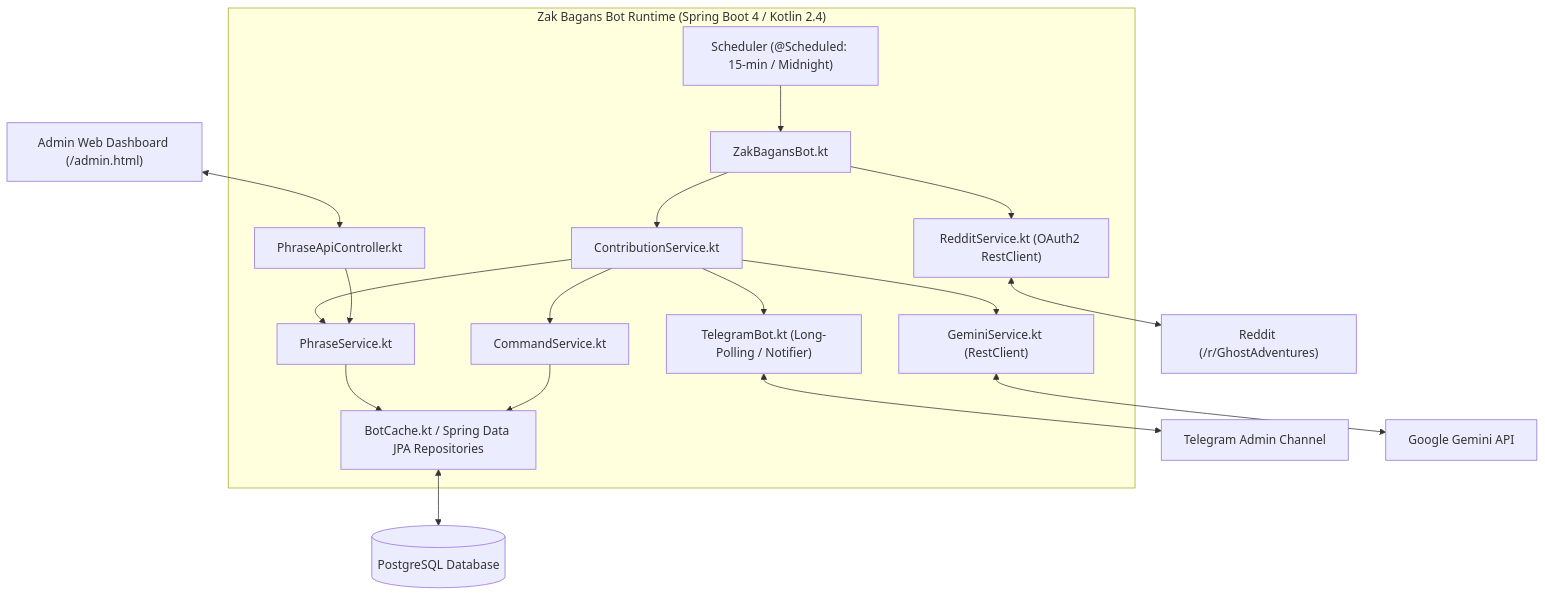
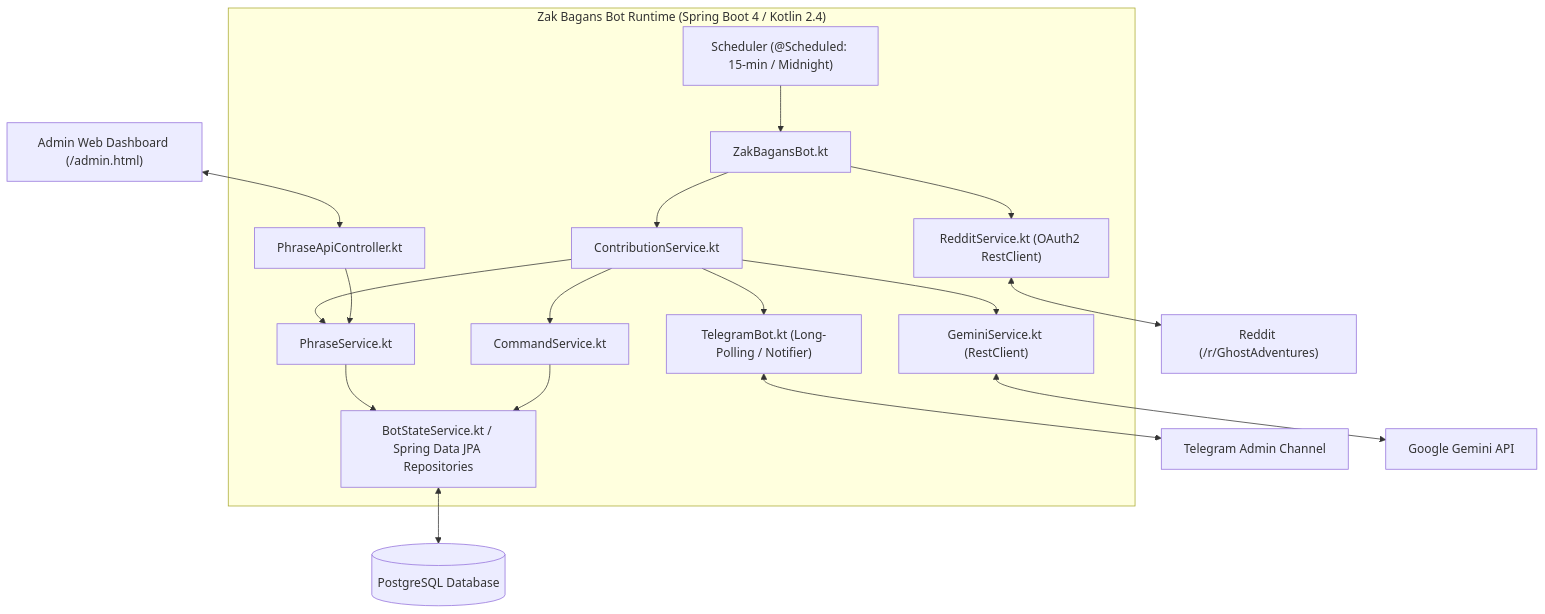
Before and after one commit to MrBean355/zak-bagans-bot: the diagram in .agents/specs/README.md, drawn with Mermaid. The commit also changed other lines of this file and 17 other files, not shown here.

First line of the commit message:
Rename BotCache to BotStateService

````diff
--- a/.agents/specs/README.md
+++ b/.agents/specs/README.md
@@ -15,38 +15,38 @@
 ```mermaid
 graph TD
     Subreddit["Reddit (/r/GhostAdventures)"]
     Telegram["Telegram Admin Channel"]
     AdminWeb["Admin Web Dashboard (/admin.html)"]
 
     subgraph "Zak Bagans Bot Runtime (Spring Boot 4 / Kotlin 2.4)"
         Scheduler["Scheduler (@Scheduled: 15-min / Midnight)"]
         Engine["ZakBagansBot.kt"]
         ContribService["ContributionService.kt"]
         GeminiService["GeminiService.kt (RestClient)"]
         PhraseService["PhraseService.kt"]
         CommandService["CommandService.kt"]
         RedditClient["RedditService.kt (OAuth2 RestClient)"]
         TeleBot["TelegramBot.kt (Long-Polling / Notifier)"]
         ApiCtrl["PhraseApiController.kt"]
-        Cache["BotCache.kt / Spring Data JPA Repositories"]
+        Cache["BotStateService.kt / Spring Data JPA Repositories"]
     end
 
     DB[("PostgreSQL Database")]
     Gemini["Google Gemini API"]
 
     Scheduler --> Engine
     Engine --> RedditClient
     Engine --> ContribService
     RedditClient <--> Subreddit
     ContribService --> GeminiService
     GeminiService <--> Gemini
     ContribService --> PhraseService
     ContribService --> CommandService
     ContribService --> TeleBot
     TeleBot <--> Telegram
     AdminWeb <--> ApiCtrl
     ApiCtrl --> PhraseService
     PhraseService --> Cache
     CommandService --> Cache
     Cache <--> DB
 ```
````
